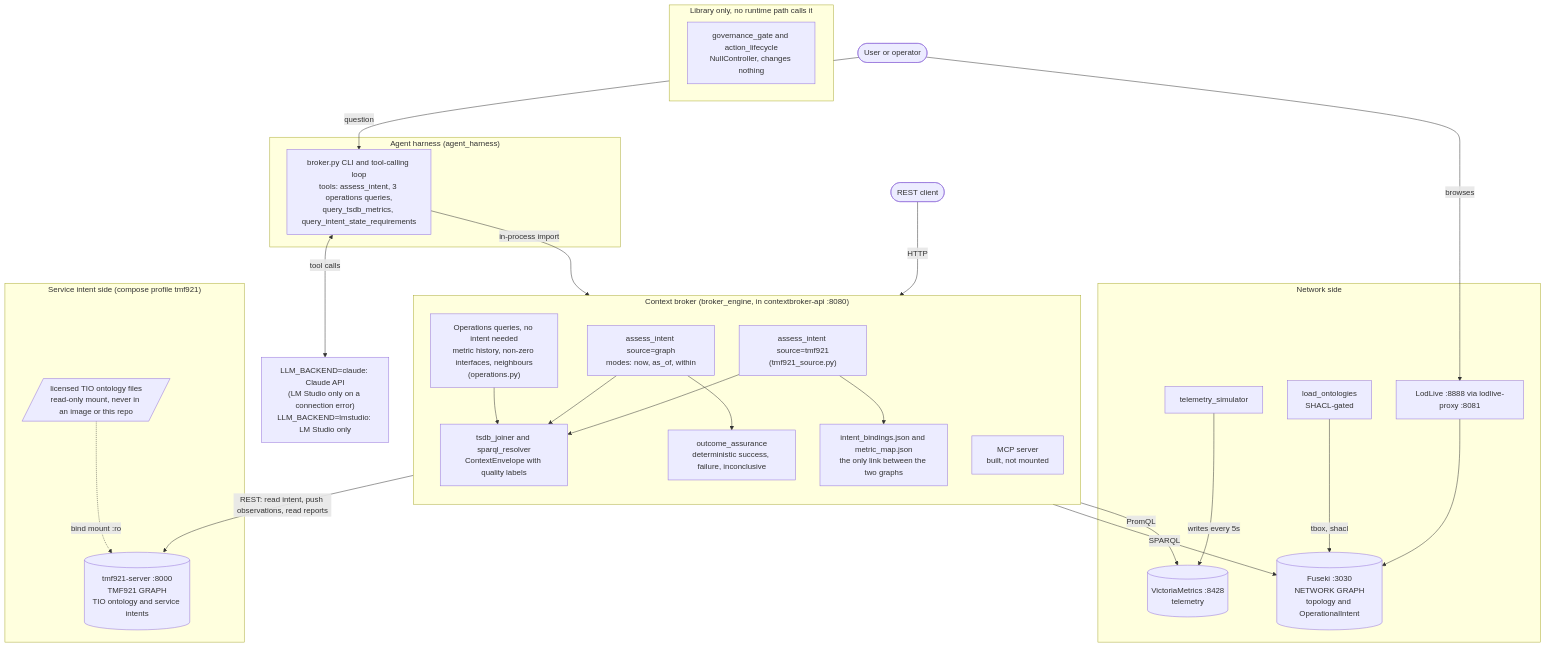
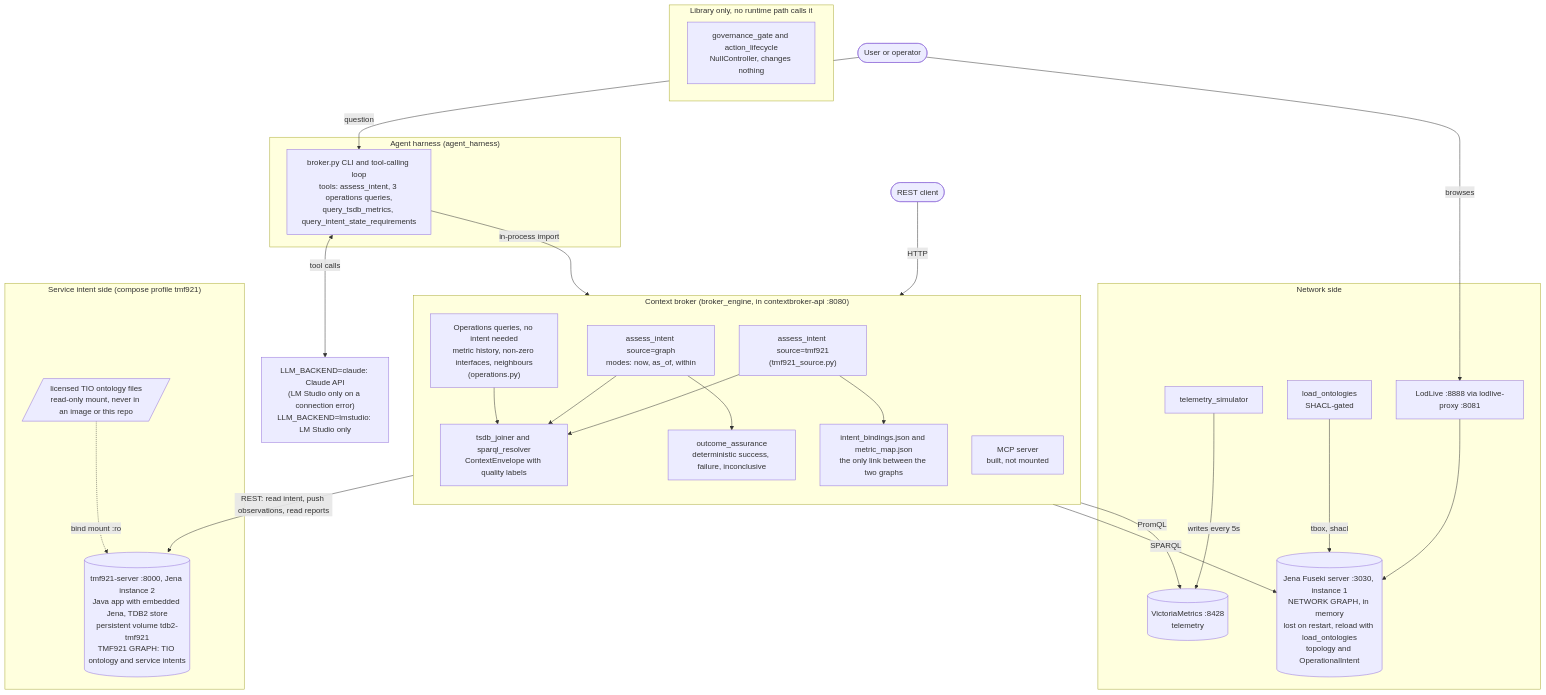
The diagram in README.md (bradspau/contextbroker), drawn with Mermaid before and after one commit. The commit also changed other lines of this file, not shown here.

Commit message:
docs: show the two Jena instances and their persistence in the diagram and table

````diff
--- a/README.md
+++ b/README.md
@@ -107,58 +107,58 @@
 ```mermaid
 flowchart TB
     User(["User or operator"])
     Client(["REST client"])
 
     subgraph Agent["Agent harness (agent_harness)"]
         Harness["broker.py CLI and tool-calling loop<br/>tools: assess_intent, 3 operations queries,<br/>query_tsdb_metrics, query_intent_state_requirements"]
     end
     LLM["LLM_BACKEND=claude: Claude API<br/>(LM Studio only on a connection error)<br/>LLM_BACKEND=lmstudio: LM Studio only"]
 
     subgraph Broker["Context broker (broker_engine, in contextbroker-api :8080)"]
         direction TB
         Ops["Operations queries, no intent needed<br/>metric history, non-zero interfaces, neighbours<br/>(operations.py)"]
         AssessG["assess_intent source=graph<br/>modes: now, as_of, within"]
         AssessT["assess_intent source=tmf921<br/>(tmf921_source.py)"]
         Join["tsdb_joiner and sparql_resolver<br/>ContextEnvelope with quality labels"]
         Assure["outcome_assurance<br/>deterministic success, failure, inconclusive"]
         Bind["intent_bindings.json and metric_map.json<br/>the only link between the two graphs"]
         MCP["MCP server<br/>built, not mounted"]
     end
 
     subgraph Net["Network side"]
-        Fuseki[("Fuseki :3030<br/>NETWORK GRAPH<br/>topology and OperationalIntent")]
+        Fuseki[("Jena Fuseki server :3030, instance 1<br/>NETWORK GRAPH, in memory<br/>lost on restart, reload with load_ontologies<br/>topology and OperationalIntent")]
         VM[("VictoriaMetrics :8428<br/>telemetry")]
         Sim["telemetry_simulator"]
         Load["load_ontologies<br/>SHACL-gated"]
         Lod["LodLive :8888 via lodlive-proxy :8081"]
     end
 
     subgraph Svc["Service intent side (compose profile tmf921)"]
-        T921[("tmf921-server :8000<br/>TMF921 GRAPH<br/>TIO ontology and service intents")]
+        T921[("tmf921-server :8000, Jena instance 2<br/>Java app with embedded Jena, TDB2 store<br/>persistent volume tdb2-tmf921<br/>TMF921 GRAPH: TIO ontology and service intents")]
         Onto[/"licensed TIO ontology files<br/>read-only mount, never in an image or this repo"/]
     end
 
     subgraph NotWired["Library only, no runtime path calls it"]
         Gate["governance_gate and action_lifecycle<br/>NullController, changes nothing"]
     end
 
     User -->|"question"| Harness
     Harness <-->|"tool calls"| LLM
     Harness -->|"in-process import"| Broker
     Client -->|"HTTP"| Broker
 
     Ops --> Join
     AssessG --> Join
     AssessG --> Assure
     AssessT --> Join
     AssessT --> Bind
     Join -->|"SPARQL"| Fuseki
     Join -->|"PromQL"| VM
 
     AssessT -->|"REST: read intent, push observations, read reports"| T921
     Onto -.->|"bind mount :ro"| T921
 
     Sim -->|"writes every 5s"| VM
     Load -->|"tbox, shacl"| Fuseki
     User -->|"browses"| Lod --> Fuseki
 ```
````
